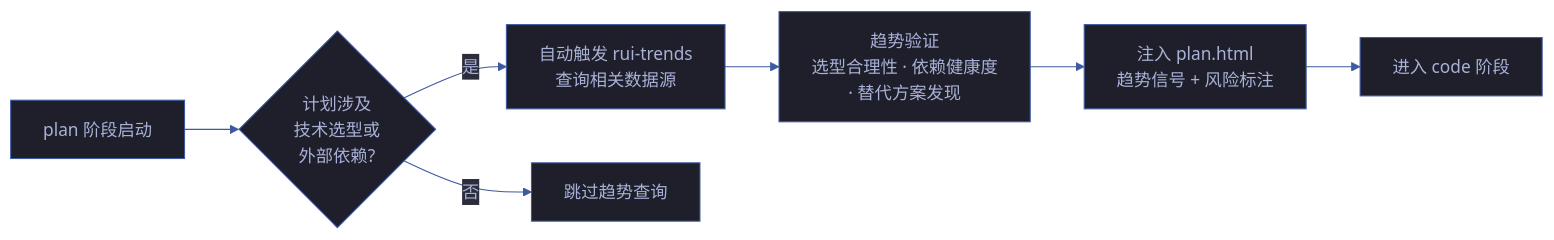
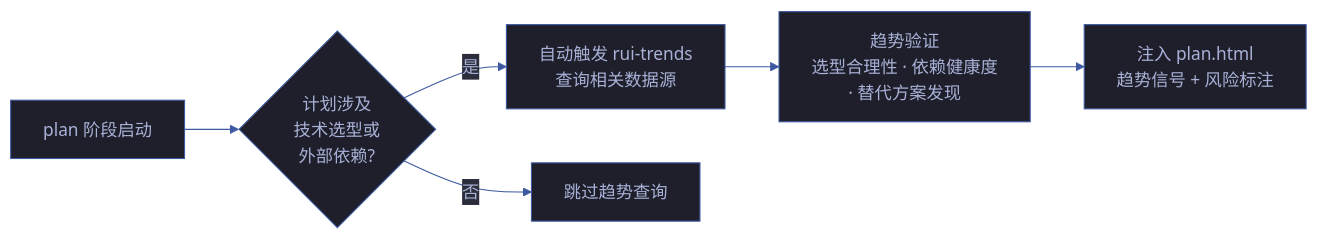
Before and after one commit to effiy/YrY: the third of 5 diagrams in skills/rui-trends/SKILL.md, drawn with Mermaid. The commit also changed other lines of this file and 341 other files, not shown here.

````diff
--- a/skills/rui-trends/SKILL.md
+++ b/skills/rui-trends/SKILL.md
@@ -353,18 +228,16 @@
 ```mermaid
 %%{init: {'theme': 'base', 'themeVariables': {
   'primaryColor': '#1e1f2b',
   'primaryTextColor': '#a9b1d6',
   'primaryBorderColor': '#3d59a1',
   'lineColor': '#3d59a1',
   'secondaryColor': '#2b2d3b',
   'tertiaryColor': '#21232f'
 }}}%%
 flowchart LR
-    PLAN["plan 阶段启动"]:::src --> TREND{"计划涉及<br/>技术选型或<br/>外部依赖?"}
-    TREND -->|"是"| QUERY["自动触发 rui-trends<br/>查询相关数据源"]:::action
-    TREND -->|"否"| SKIP["跳过趋势查询"]:::skip
-    QUERY --> VALIDATE["趋势验证<br/>选型合理性 · 依赖健康度<br/>· 替代方案发现"]:::review
-    VALIDATE --> INJECT["注入 plan.html<br/>趋势信号 + 风险标注"]:::done
-    INJECT --> CODE["进入 code 阶段"]:::phase
-
+    PLAN["plan 阶段启动"] --> TREND{"计划涉及<br/>技术选型或<br/>外部依赖?"}
+    TREND -->|"是"| QUERY["自动触发 rui-trends<br/>查询相关数据源"]
+    TREND -->|"否"| SKIP["跳过趋势查询"]
+    QUERY --> VALIDATE["趋势验证<br/>选型合理性 · 依赖健康度<br/>· 替代方案发现"]
+    VALIDATE --> INJECT["注入 plan.html<br/>趋势信号 + 风险标注"]
 ```
````
